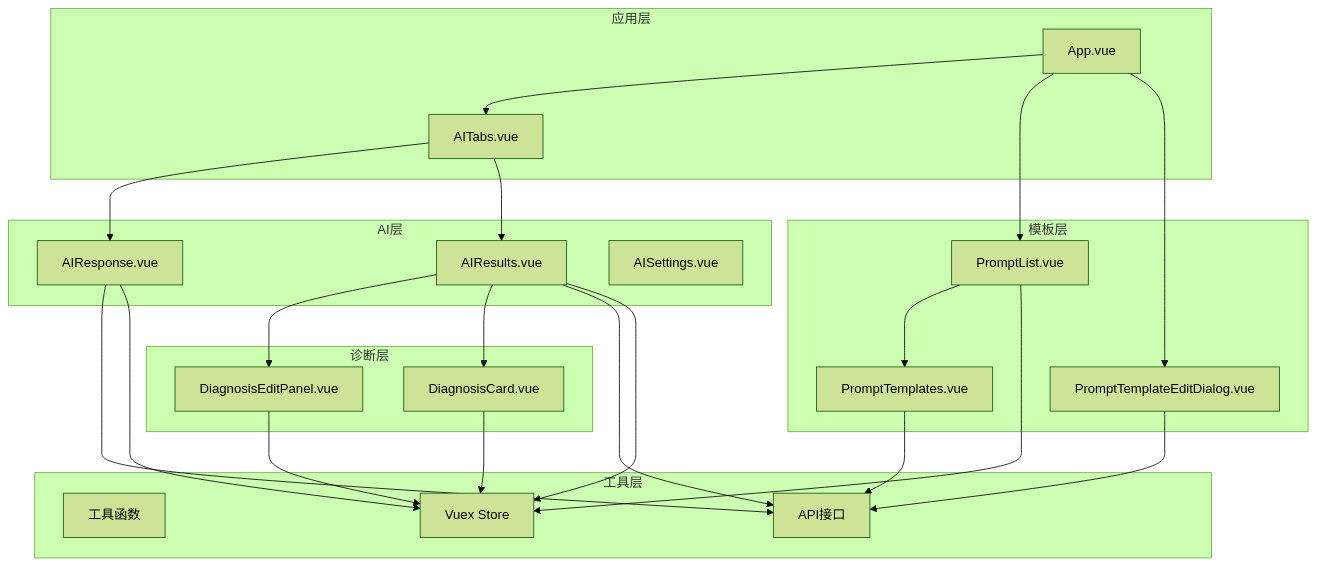
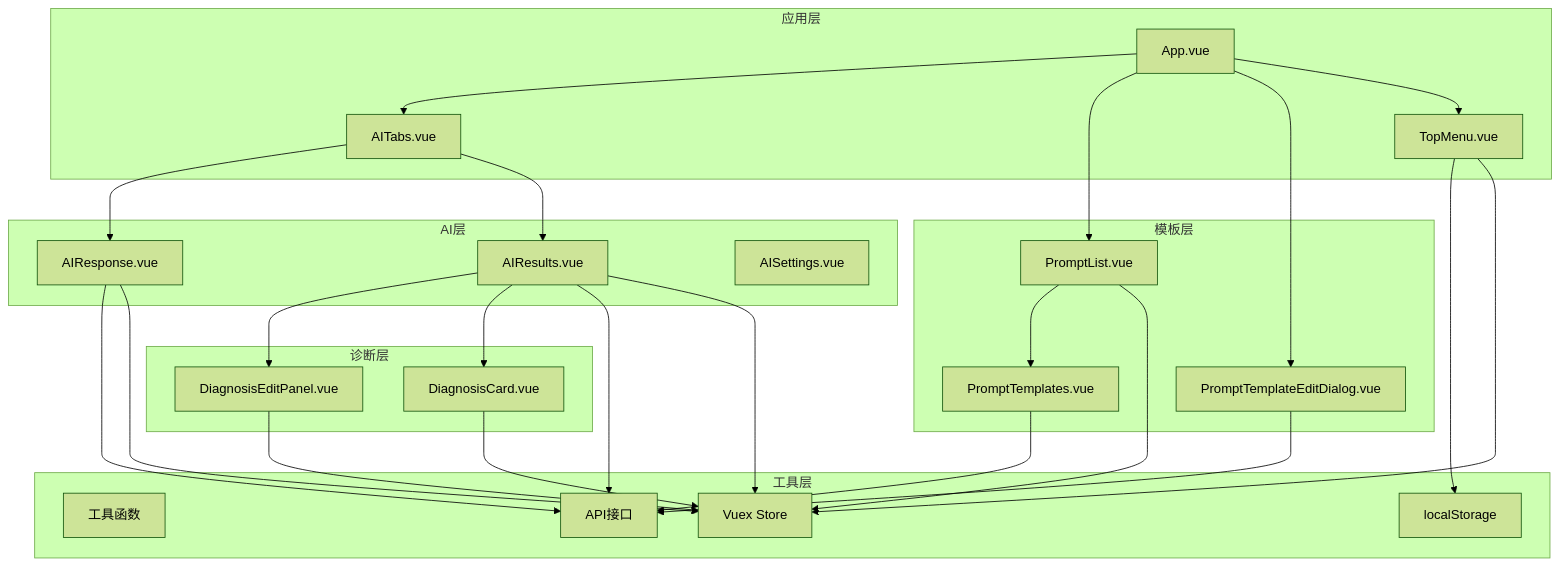
Before and after one commit to liuzh2008/med_ai_assistant_workspace: the ninth of 9 diagrams in .qoder/repowiki/zh/content/Vue Component Documentation/Vue Component Documentation.md, drawn with Mermaid (forest theme). The commit also changed other lines of this file and 6 other files, not shown here.

````diff
--- a/.qoder/repowiki/zh/content/Vue Component Documentation/Vue Component Documentation.md
+++ b/.qoder/repowiki/zh/content/Vue Component Documentation/Vue Component Documentation.md
@@ -294,43 +430,48 @@
 ```mermaid
 graph TD
 subgraph "应用层"
 App[App.vue]
 AITabs[AITabs.vue]
+TopMenu[TopMenu.vue]
 end
 subgraph "AI层"
 AIResponse[AIResponse.vue]
 AIResults[AIResults.vue]
 AISettings[AISettings.vue]
 end
 subgraph "诊断层"
 DiagnosisCard[DiagnosisCard.vue]
 DiagnosisEditPanel[DiagnosisEditPanel.vue]
 end
 subgraph "模板层"
 PromptList[PromptList.vue]
 PromptTemplates[PromptTemplates.vue]
 PromptTemplateEditDialog[PromptTemplateEditDialog.vue]
 end
 subgraph "工具层"
 Utils[工具函数]
 API[API接口]
 Store[Vuex Store]
+LocalStorage[localStorage]
 end
 App --> AITabs
 AITabs --> AIResponse
 AITabs --> AIResults
 AIResults --> DiagnosisEditPanel
 AIResults --> DiagnosisCard
 App --> PromptList
 PromptList --> PromptTemplates
 App --> PromptTemplateEditDialog
+App --> TopMenu
+TopMenu --> LocalStorage
 AIResponse --> API
 AIResults --> API
 PromptTemplates --> API
 PromptTemplateEditDialog --> API
 AIResponse --> Store
 AIResults --> Store
 PromptList --> Store
 DiagnosisCard --> Store
 DiagnosisEditPanel --> Store
+TopMenu --> Store
 ```
````
